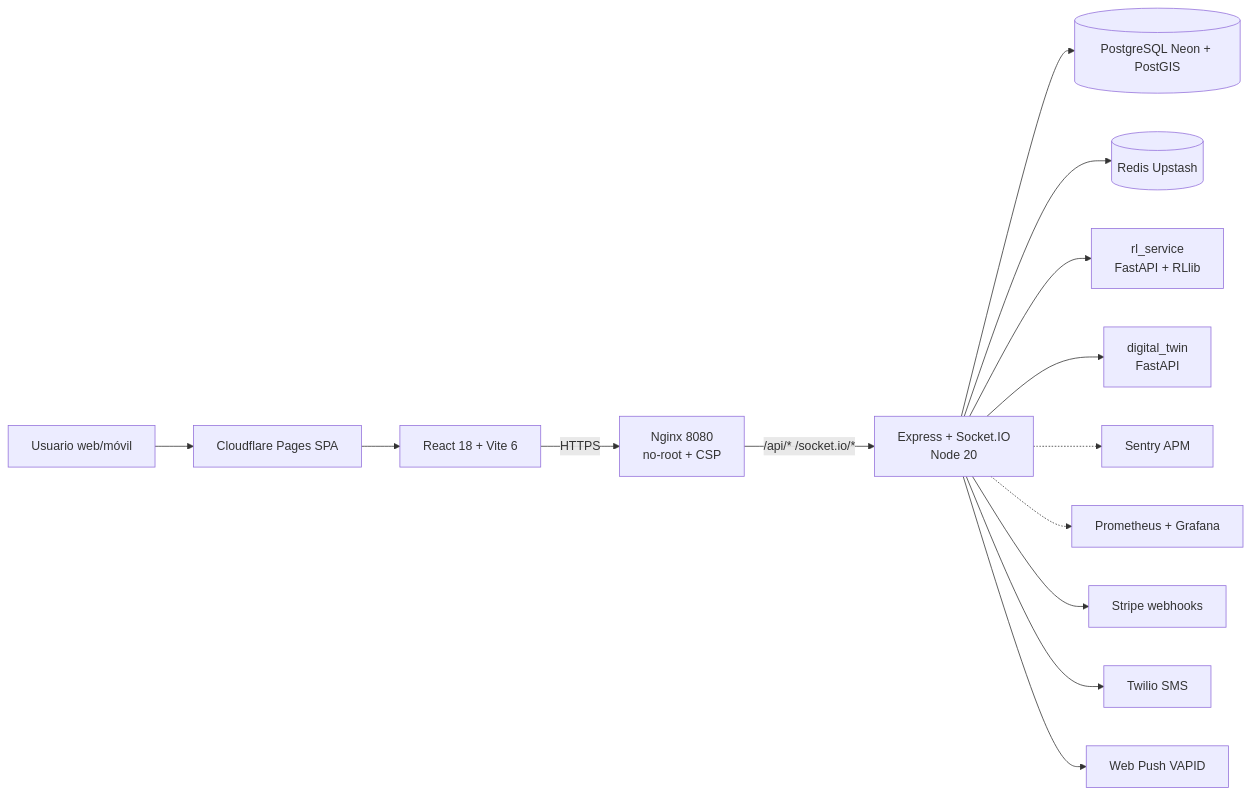
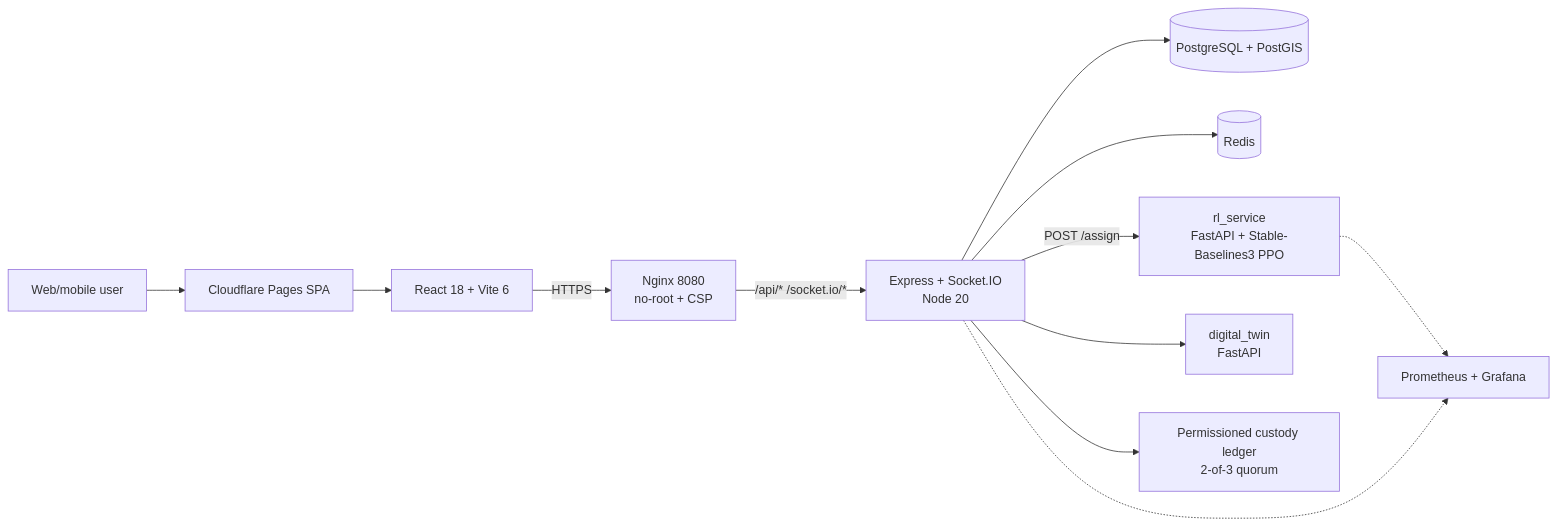
Before and after one commit to luis-guillen/city2cruise: the diagram in README.md, drawn with Mermaid. The commit also changed other lines of this file and 16 other files, not shown here.

````diff
--- a/README.md
+++ b/README.md
@@ -27,16 +86,14 @@
 ```mermaid
 flowchart LR
-    user[Usuario web/móvil] --> cdn[Cloudflare Pages SPA]
+    user[Web/mobile user] --> cdn[Cloudflare Pages SPA]
     cdn --> spa[React 18 + Vite 6]
     spa -- HTTPS --> nginx[Nginx 8080<br/>no-root + CSP]
     nginx -- /api/* /socket.io/* --> api[Express + Socket.IO<br/>Node 20]
-    api --> pg[(PostgreSQL Neon + PostGIS)]
-    api --> redis[(Redis Upstash)]
-    api --> rl[rl_service<br/>FastAPI + RLlib]
+    api --> pg[(PostgreSQL + PostGIS)]
+    api --> redis[(Redis)]
+    api -- POST /assign --> rl[rl_service<br/>FastAPI + Stable-Baselines3 PPO]
     api --> twin[digital_twin<br/>FastAPI]
-    api -.-> sentry[Sentry APM]
-    api -.-> prom[Prometheus + Grafana]
-    api --> stripe[Stripe webhooks]
-    api --> twilio[Twilio SMS]
-    api --> push[Web Push VAPID]
+    api --> ledger[Permissioned custody ledger<br/>2-of-3 quorum]
+    rl -.-> prom[Prometheus + Grafana]
+    api -.-> prom
 ```
````
